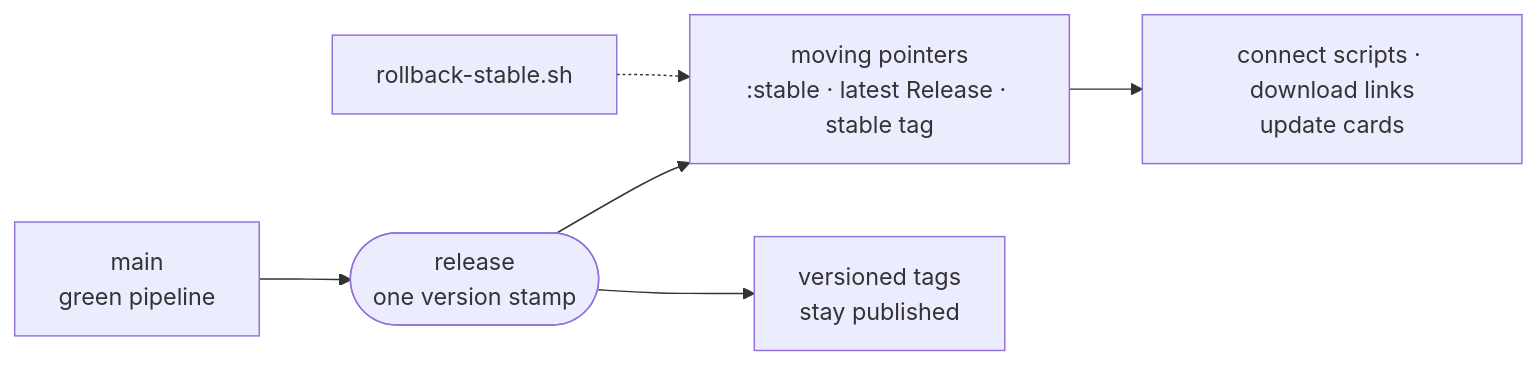
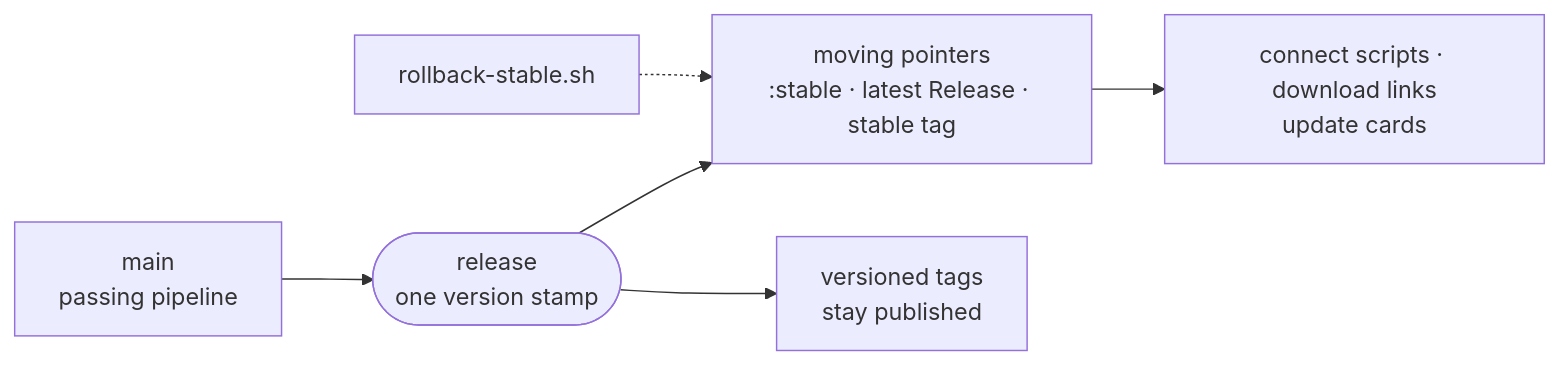
One commit to intentic/intentic changed the diagram in COMPATIBILITY.md. Above: the diagram before and after it, drawn with Mermaid. The commit also changed other lines of this file and 251 other files, not shown here.

````diff
--- a/COMPATIBILITY.md
+++ b/COMPATIBILITY.md
@@ -5,8 +5,8 @@
 ```mermaid
 flowchart LR
-    main["main<br/>green pipeline"] --> rel(["release<br/>one version stamp"])
+    main["main<br/>passing pipeline"] --> rel(["release<br/>one version stamp"])
     rel --> pointers["moving pointers<br/>:stable · latest Release · stable tag"]
     pointers --> users["connect scripts · download links<br/>update cards"]
     rel --> kept["versioned tags<br/>stay published"]
     rollback["rollback-stable.sh"] -.-> pointers
 ```
````
